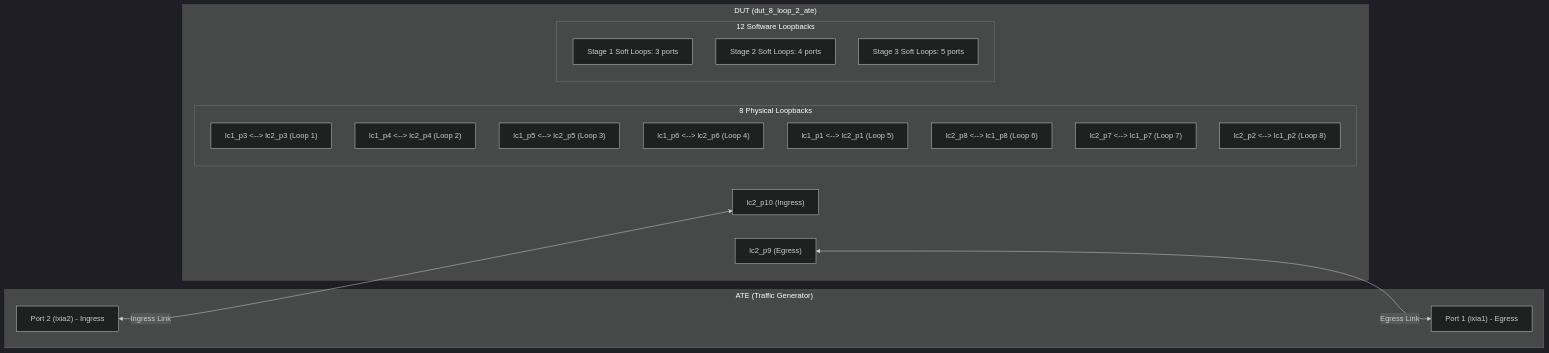
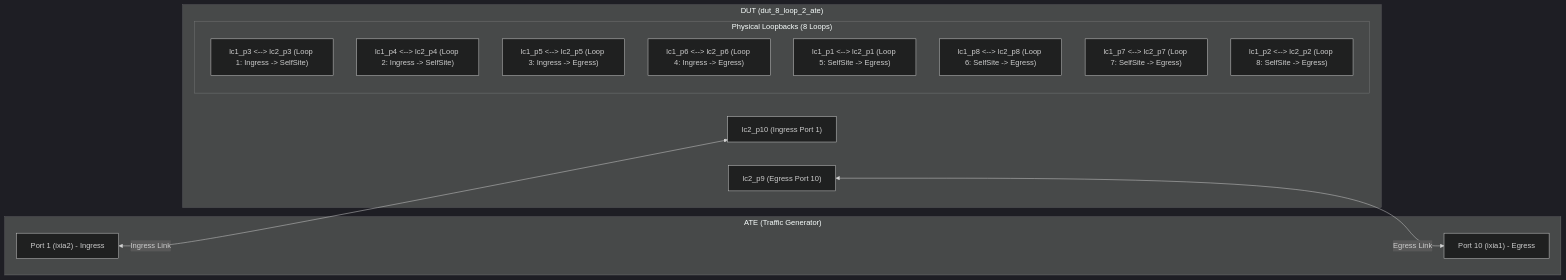
One commit to openconfig/featureprofiles changed the first of 5 diagrams in feature/gribi/otg_tests/hashing_test/README.md. Above: the diagram before and after it, drawn with Mermaid (dark theme). The commit also changed other lines of this file and 3 other files, not shown here.

First line of the commit message:
gribi/hashing_test: add dataplane hashing test with physical loops (#5884)

````diff
--- a/feature/gribi/otg_tests/hashing_test/README.md
+++ b/feature/gribi/otg_tests/hashing_test/README.md
@@ -14,32 +14,26 @@
 ```mermaid
 graph LR
     subgraph ATE ["ATE (Traffic Generator)"]
-        ate2["Port 2 (ixia2) - Ingress"]
-        ate1["Port 1 (ixia1) - Egress"]
+        ate2["Port 1 (ixia2) - Ingress"]
+        ate1["Port 10 (ixia1) - Egress"]
     end
 
     subgraph DUT ["DUT (dut_8_loop_2_ate)"]
-        inPort["lc2_p10 (Ingress)"]
-        egPort["lc2_p9 (Egress)"]
+        inPort["lc2_p10 (Ingress Port 1)"]
+        egPort["lc2_p9 (Egress Port 10)"]
         
-        subgraph PhysLoops ["8 Physical Loopbacks"]
-            l1["lc1_p3 <--> lc2_p3 (Loop 1)"]
-            l2["lc1_p4 <--> lc2_p4 (Loop 2)"]
-            l3["lc1_p5 <--> lc2_p5 (Loop 3)"]
-            l4["lc1_p6 <--> lc2_p6 (Loop 4)"]
-            l5["lc1_p1 <--> lc2_p1 (Loop 5)"]
-            l6["lc2_p8 <--> lc1_p8 (Loop 6)"]
-            l7["lc2_p7 <--> lc1_p7 (Loop 7)"]
-            l8["lc2_p2 <--> lc1_p2 (Loop 8)"]
-        end
-        
-        subgraph SoftLoops ["12 Software Loopbacks"]
-            sl1["Stage 1 Soft Loops: 3 ports"]
-            sl2["Stage 2 Soft Loops: 4 ports"]
-            sl3["Stage 3 Soft Loops: 5 ports"]
+        subgraph PhysLoops ["Physical Loopbacks (8 Loops)"]
+            l1["lc1_p3 <--> lc2_p3 (Loop 1: Ingress -> SelfSite)"]
+            l2["lc1_p4 <--> lc2_p4 (Loop 2: Ingress -> SelfSite)"]
+            l3["lc1_p5 <--> lc2_p5 (Loop 3: Ingress -> Egress)"]
+            l4["lc1_p6 <--> lc2_p6 (Loop 4: Ingress -> Egress)"]
+            l5["lc1_p1 <--> lc2_p1 (Loop 5: SelfSite -> Egress)"]
+            l6["lc1_p8 <--> lc2_p8 (Loop 6: SelfSite -> Egress)"]
+            l7["lc1_p7 <--> lc2_p7 (Loop 7: SelfSite -> Egress)"]
+            l8["lc1_p2 <--> lc2_p2 (Loop 8: SelfSite -> Egress)"]
         end
     end
 
     ate2 <-->|Ingress Link| inPort
     egPort <-->|Egress Link| ate1
 ```
````
